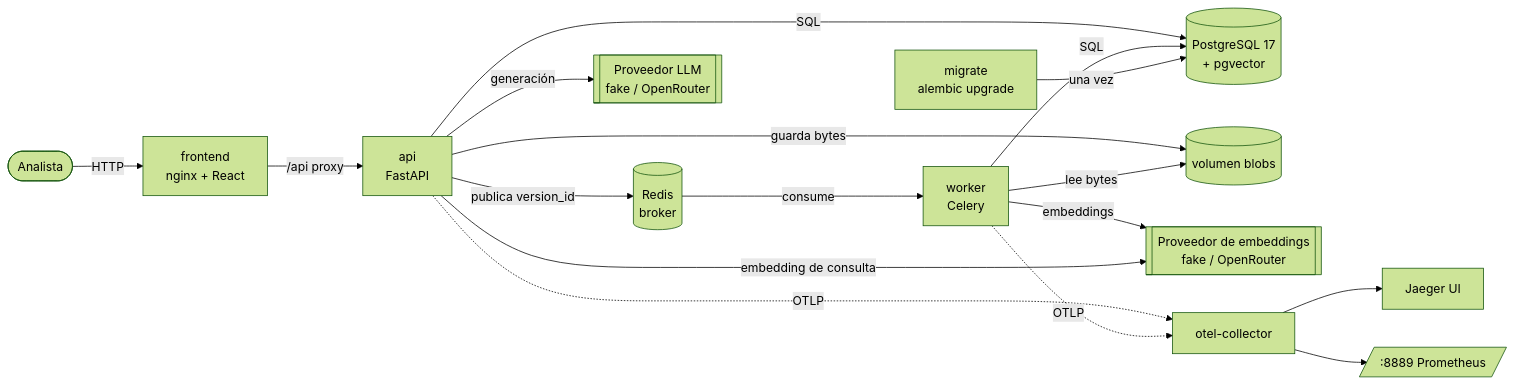
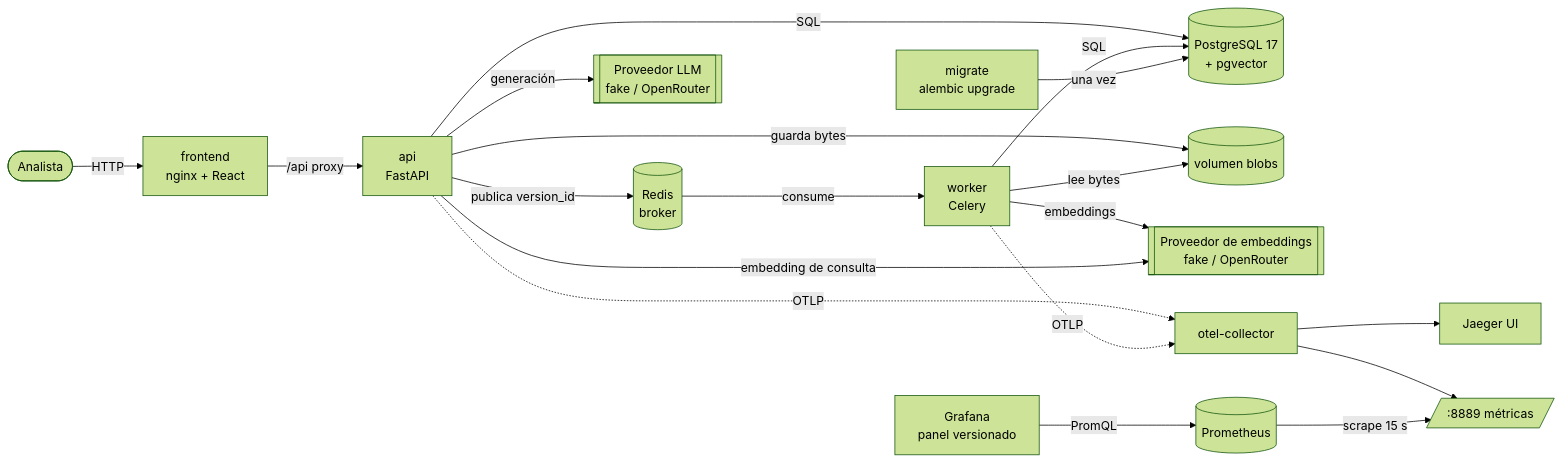
The first of 6 diagrams in docs/architecture.md (alayoalex/NorteLegalRAG), drawn with Mermaid (forest theme) before and after one commit. The commit also changed other lines of this file and 20 other files, not shown here.

First line of the commit message:
Prometheus y Grafana con panel versionado; métricas que se agregan bien

````diff
--- a/docs/architecture.md
+++ b/docs/architecture.md
@@ -7,19 +7,21 @@
 ```mermaid
 flowchart LR
     user([Analista]) -->|HTTP| fe[frontend<br/>nginx + React]
     fe -->|/api proxy| api[api<br/>FastAPI]
     api -->|SQL| pg[(PostgreSQL 17<br/>+ pgvector)]
     api -->|publica version_id| redis[(Redis<br/>broker)]
     api -->|guarda bytes| blobs[(volumen blobs)]
     redis -->|consume| worker[worker<br/>Celery]
     worker -->|lee bytes| blobs
     worker -->|SQL| pg
     worker -->|embeddings| emb[[Proveedor de embeddings<br/>fake / OpenRouter]]
     api -->|embedding de consulta| emb
     api -->|generación| llm[[Proveedor LLM<br/>fake / OpenRouter]]
     api -. OTLP .-> otel[otel-collector]
     worker -. OTLP .-> otel
     otel --> jaeger[Jaeger UI]
-    otel --> prom[/:8889 Prometheus/]
+    otel --> scrape[/:8889 métricas/]
+    prom[(Prometheus)] -->|scrape 15 s| scrape
+    grafana[Grafana<br/>panel versionado] -->|PromQL| prom
     migrate[migrate<br/>alembic upgrade] -->|una vez| pg
 ```
````
